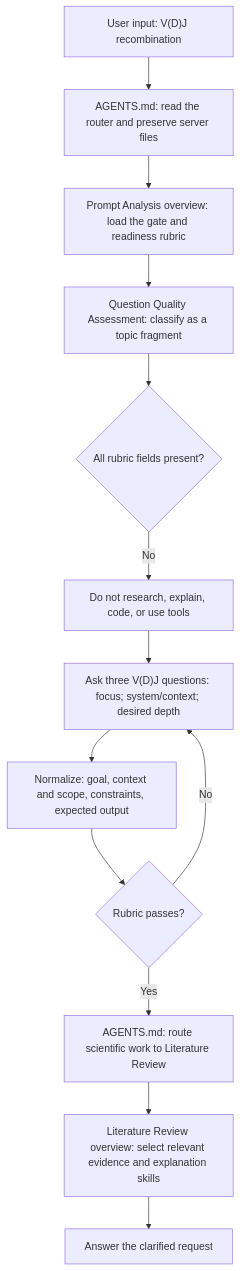
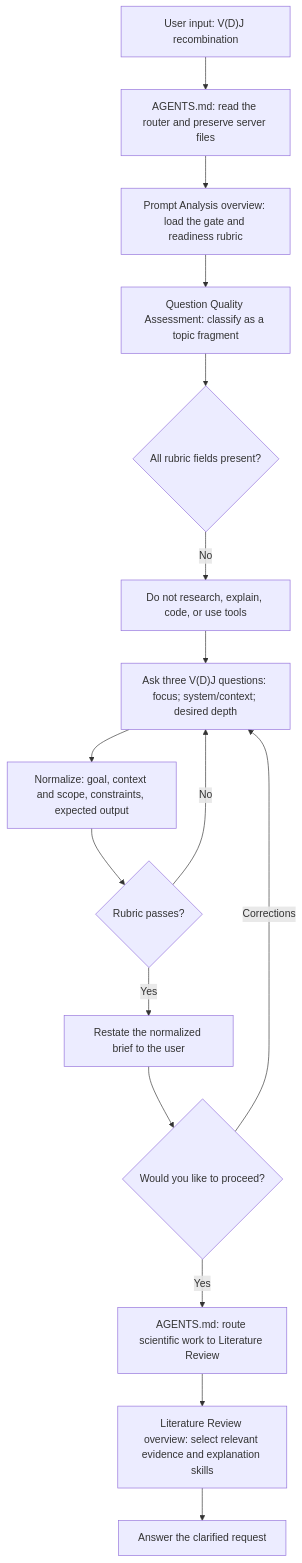
The diagram in workflows/prompt-analysis/vdj-topic-fragment-flow.md (BCHTaimor/alt-lab-claude-scientific), drawn with Mermaid before and after one commit. The commit also changed 5 other files, not shown here.

````diff
--- a/workflows/prompt-analysis/vdj-topic-fragment-flow.md
+++ b/workflows/prompt-analysis/vdj-topic-fragment-flow.md
@@ -3,15 +3,18 @@
 ```mermaid
 flowchart TD
     A["User input: V(D)J recombination"] --> B["AGENTS.md: read the router and preserve server files"]
     B --> C["Prompt Analysis overview: load the gate and readiness rubric"]
     C --> D["Question Quality Assessment: classify as a topic fragment"]
     D --> E{"All rubric fields present?"}
     E -->|No| F["Do not research, explain, code, or use tools"]
     F --> G["Ask three V(D)J questions: focus; system/context; desired depth"]
     G --> H["Normalize: goal, context and scope, constraints, expected output"]
     H --> I{"Rubric passes?"}
     I -->|No| G
-    I -->|Yes| J["AGENTS.md: route scientific work to Literature Review"]
-    J --> K["Literature Review overview: select relevant evidence and explanation skills"]
-    K --> L["Answer the clarified request"]
+    I -->|Yes| J["Restate the normalized brief to the user"]
+    J --> K{"Would you like to proceed?"}
+    K -->|Corrections| G
+    K -->|Yes| L["AGENTS.md: route scientific work to Literature Review"]
+    L --> M["Literature Review overview: select relevant evidence and explanation skills"]
+    M --> N["Answer the clarified request"]
 ```
````
